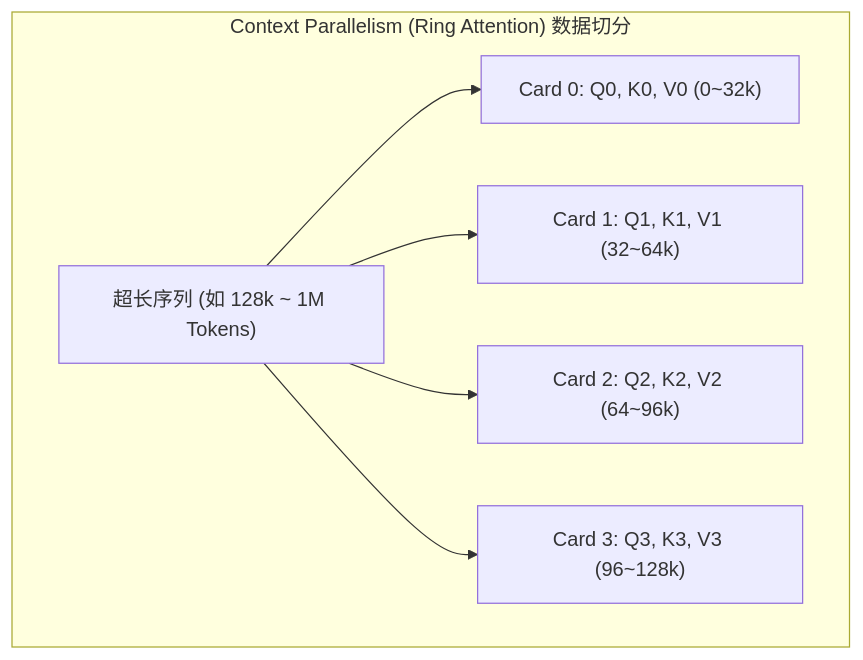
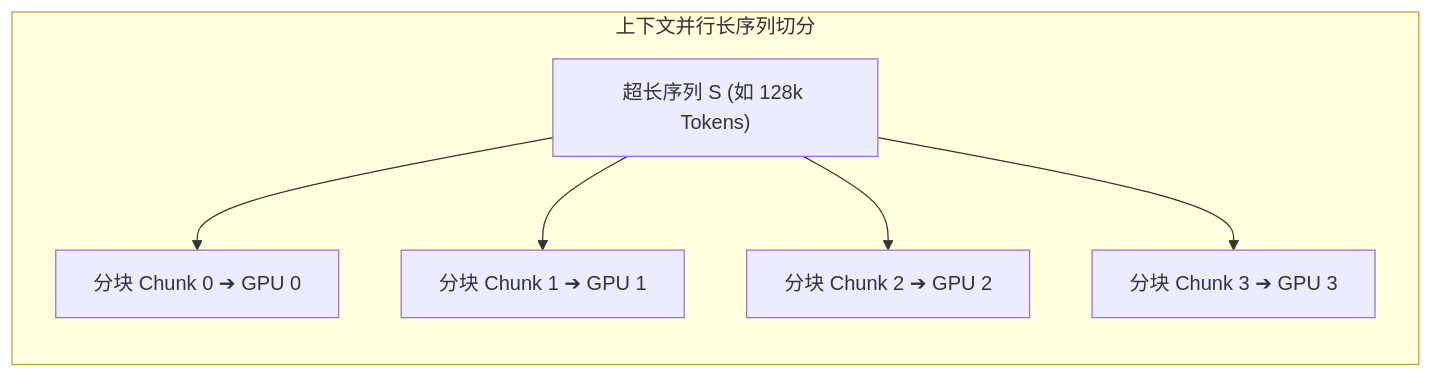
One commit to hsthanb4/hpclearning changed the first of 2 diagrams in train/lesson08.qmd. Above: the diagram before and after it, drawn with Mermaid. The commit also changed other lines of this file and 89 other files, not shown here.

Commit message:
style(docs): relocate images and diagrams adjacent to their textual references across all lessons

````diff
--- a/train/lesson08.qmd
+++ b/train/lesson08.qmd
@@ -37,9 +44,9 @@
 ```{mermaid}
-flowchart TD
-    subgraph CPArchitecture["Context Parallelism (Ring Attention) 数据切分"]
-        Seq["超长序列 (如 128k ~ 1M Tokens)"] --> B0["Card 0: Q0, K0, V0 (0~32k)"]
-        Seq --> B1["Card 1: Q1, K1, V1 (32~64k)"]
-        Seq --> B2["Card 2: Q2, K2, V2 (64~96k)"]
-        Seq --> B3["Card 3: Q3, K3, V3 (96~128k)"]
+flowchart LR
+    subgraph ContextPartition["上下文并行长序列切分"]
+        Seq["超长序列 S (如 128k Tokens)"] --> C0["分块 Chunk 0 ➔ GPU 0"]
+        Seq --> C1["分块 Chunk 1 ➔ GPU 1"]
+        Seq --> C2["分块 Chunk 2 ➔ GPU 2"]
+        Seq --> C3["分块 Chunk 3 ➔ GPU 3"]
     end
 ```
````
